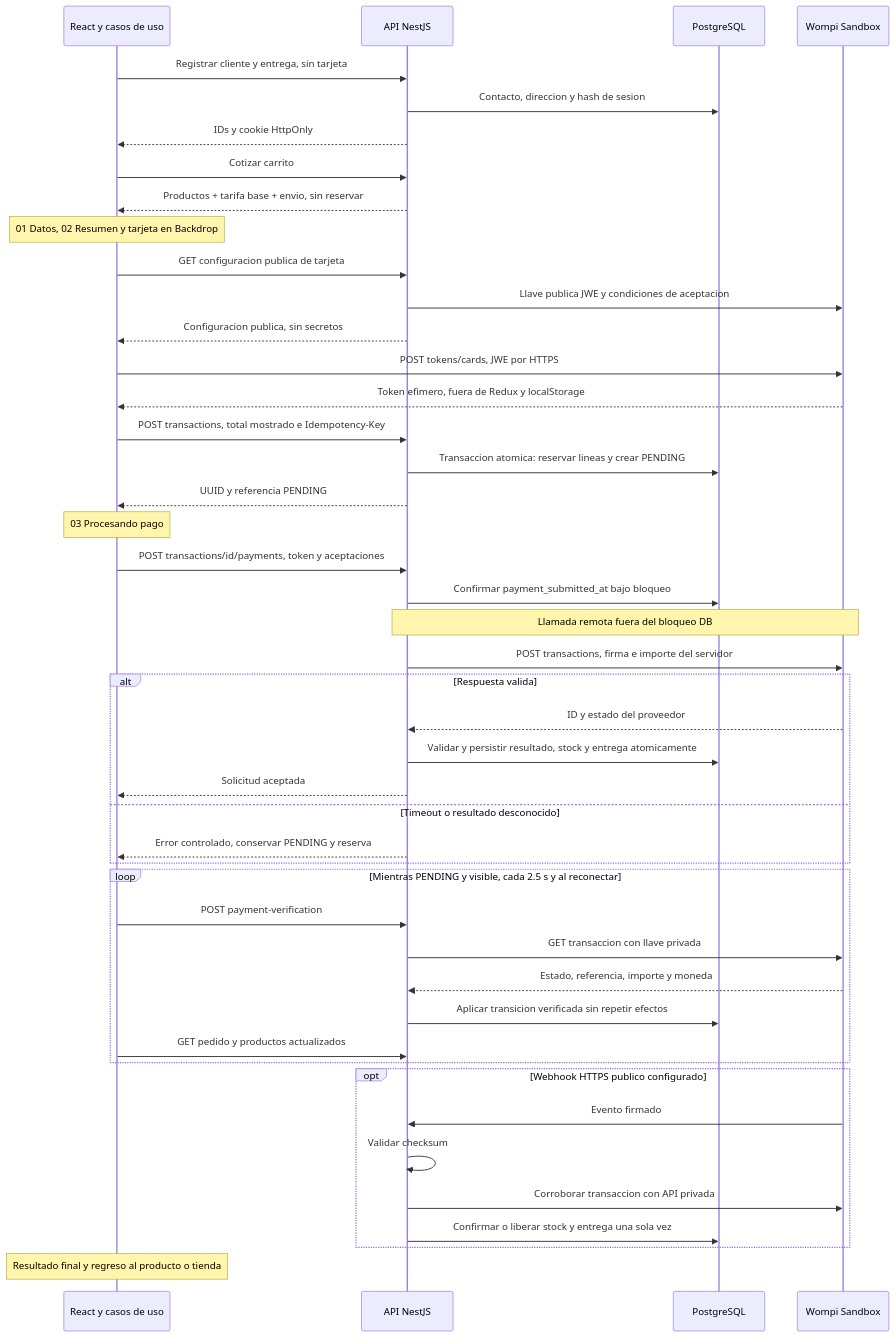
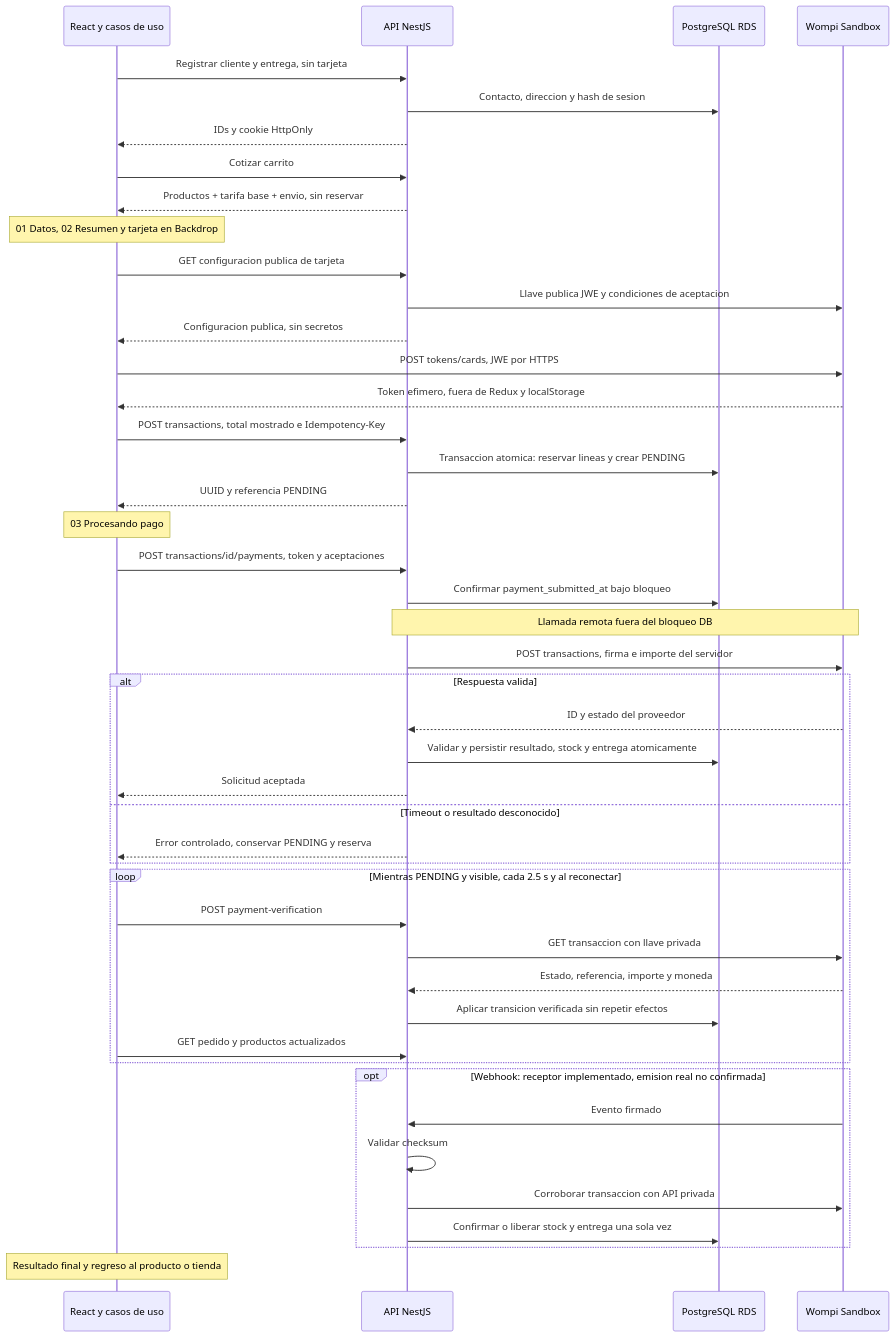
The diagram in docs/checkout-sequence.mmd (blush-atelier/blush-atelier-api), drawn with Mermaid before and after one commit. The commit also changed 2 other files, not shown here.

Commit message:
docs(delivery): finalize public URLs and synchronize deployment diagrams

```diff
--- a/docs/checkout-sequence.mmd
+++ b/docs/checkout-sequence.mmd
@@ -1,45 +1,45 @@
 sequenceDiagram
     participant F as React y casos de uso
     participant A as API NestJS
-    participant D as PostgreSQL
+    participant D as PostgreSQL RDS
     participant W as Wompi Sandbox
     F->>A: Registrar cliente y entrega, sin tarjeta
     A->>D: Contacto, direccion y hash de sesion
     A-->>F: IDs y cookie HttpOnly
     F->>A: Cotizar carrito
     A-->>F: Productos + tarifa base + envio, sin reservar
     Note over F: 01 Datos, 02 Resumen y tarjeta en Backdrop
     F->>A: GET configuracion publica de tarjeta
     A->>W: Llave publica JWE y condiciones de aceptacion
     A-->>F: Configuracion publica, sin secretos
     F->>W: POST tokens/cards, JWE por HTTPS
     W-->>F: Token efimero, fuera de Redux y localStorage
     F->>A: POST transactions, total mostrado e Idempotency-Key
     A->>D: Transaccion atomica: reservar lineas y crear PENDING
     A-->>F: UUID y referencia PENDING
     Note over F: 03 Procesando pago
     F->>A: POST transactions/id/payments, token y aceptaciones
     A->>D: Confirmar payment_submitted_at bajo bloqueo
     Note over A,W: Llamada remota fuera del bloqueo DB
     A->>W: POST transactions, firma e importe del servidor
     alt Respuesta valida
         W-->>A: ID y estado del proveedor
         A->>D: Validar y persistir resultado, stock y entrega atomicamente
         A-->>F: Solicitud aceptada
     else Timeout o resultado desconocido
         A-->>F: Error controlado, conservar PENDING y reserva
     end
     loop Mientras PENDING y visible, cada 2.5 s y al reconectar
         F->>A: POST payment-verification
         A->>W: GET transaccion con llave privada
         W-->>A: Estado, referencia, importe y moneda
         A->>D: Aplicar transicion verificada sin repetir efectos
         F->>A: GET pedido y productos actualizados
     end
-    opt Webhook HTTPS publico configurado
+    opt Webhook: receptor implementado, emision real no confirmada
         W->>A: Evento firmado
         A->>A: Validar checksum
         A->>W: Corroborar transaccion con API privada
         A->>D: Confirmar o liberar stock y entrega una sola vez
     end
     Note over F: Resultado final y regreso al producto o tienda
```
